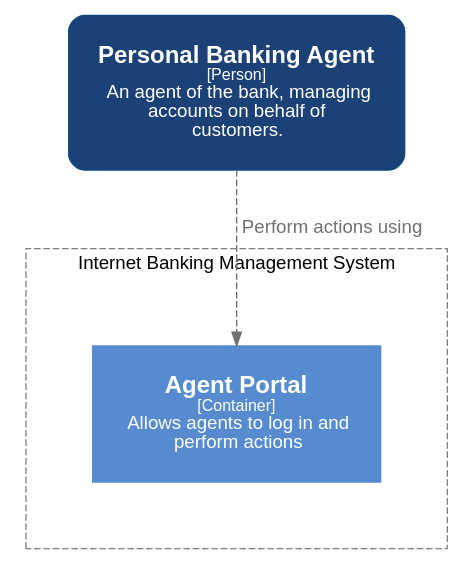
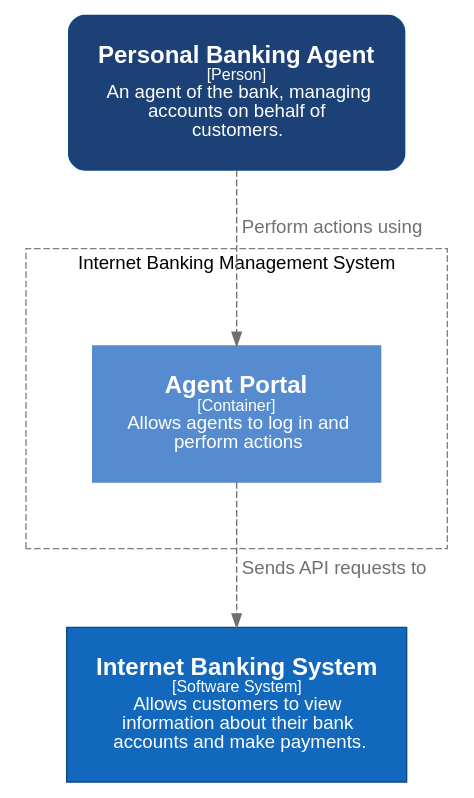
Before and after one commit to c4mjs/c4mjs: the diagram in packages/graphviz/src/__stubs__/internetBankingManagementSystem.c2.dot, drawn with Graphviz. The commit also changed 10 other files, not shown here.

```diff
--- a/packages/graphviz/src/__stubs__/internetBankingManagementSystem.c2.dot
+++ b/packages/graphviz/src/__stubs__/internetBankingManagementSystem.c2.dot
@@ -1,36 +1,46 @@
 digraph {
     compound=true
     graph [fontname="Arial", rankdir=TB, ranksep=1.0, nodesep=1.0]
     node [fontname="Arial", shape=box, margin="0.3,0.3"]
     edge [fontname="Arial"]
 
     subgraph cluster_internetBankingManagementSystem {
         label = "Internet Banking Management System"
         style = "dashed"
         color = "grey"
         margin="50,50"
         
         internetBankingAgent__internetBankingManagementSystem__agentPortal [
         id="internetBankingAgent__internetBankingManagementSystem__agentPortal",
         shape="rectangle",
         label=<<font point-size="18"><b>Agent Portal</b></font><br /><font point-size="12">[Container]</font><br /><font point-size="14">  Allows agents to log in and <br />perform actions</font>>,
         style="filled",
         color="#568BCF",
         fillcolor="#568BCF",
         fontcolor="#ffffff"
     ]
         
     }
 
+internetBanking__internetBankingSystem [
+        id="internetBanking__internetBankingSystem",
+        shape="rectangle",
+        label=<<font point-size="18"><b>Internet Banking System</b></font><br /><font point-size="12">[Software System]</font><br /><font point-size="14">  Allows customers to view <br />information about their bank <br />accounts and make payments.</font>>,
+        style="filled",
+        color="#0b4884",
+        fillcolor="#1168bd",
+        fontcolor="#ffffff"
+    ]
 internetBankingAgent__agent [
         id="internetBankingAgent__agent",
         shape="rectangle",
         label=<<font point-size="18"><b>Personal Banking Agent</b></font><br /><font point-size="12">[Person]</font><br /><font point-size="14">  An agent of the bank, managing <br />accounts on behalf of <br />customers.</font>>,
         style="filled,rounded",
         color="#0b4884",
         fillcolor="#1C4177",
         fontcolor="#ffffff"
     ]
-internetBankingAgent__agent -> internetBankingAgent__internetBankingManagementSystem__agentPortal [ id="100005", label=<<font point-size="14">  Perform actions using</font>>, style="dashed", color="#707070", fontcolor="#707070" ]
+internetBankingAgent__internetBankingManagementSystem__agentPortal -> internetBanking__internetBankingSystem [ id="100037", label=<<font point-size="14">  Sends API requests to</font>>, style="dashed", color="#707070", fontcolor="#707070" ]
+internetBankingAgent__agent -> internetBankingAgent__internetBankingManagementSystem__agentPortal [ id="100038", label=<<font point-size="14">  Perform actions using</font>>, style="dashed", color="#707070", fontcolor="#707070" ]
      
 }
```
